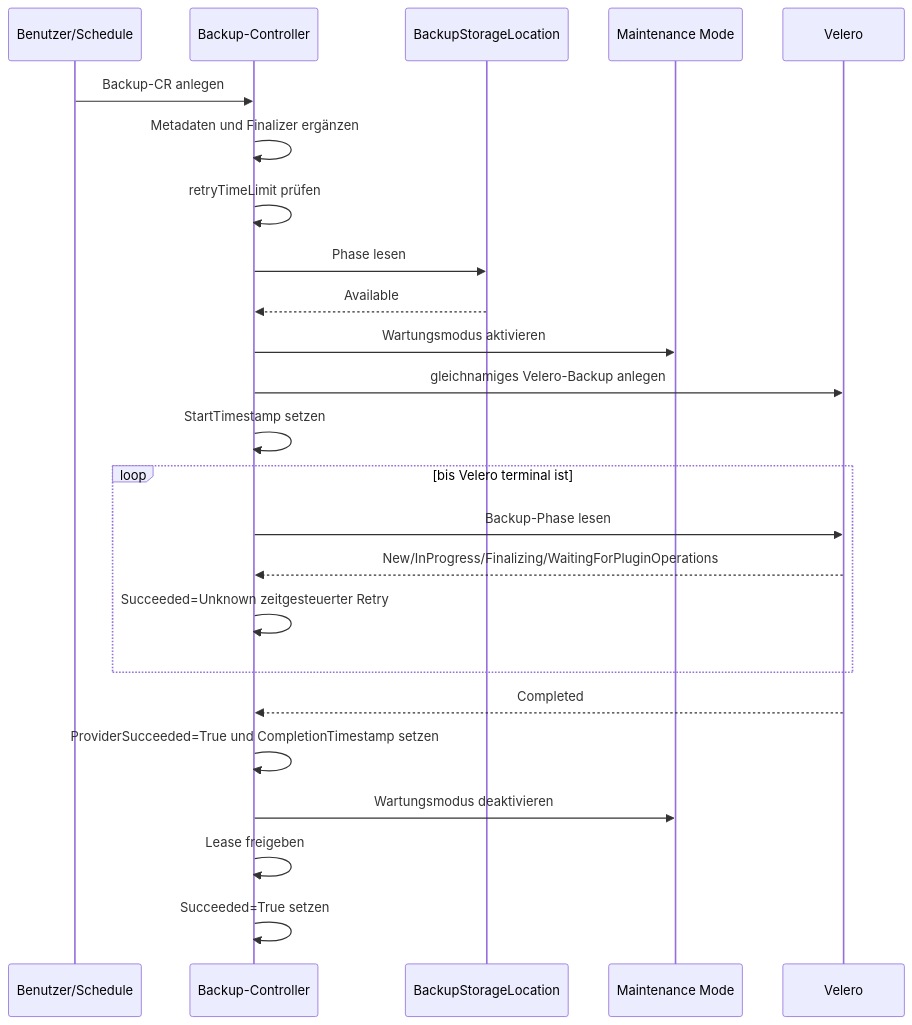
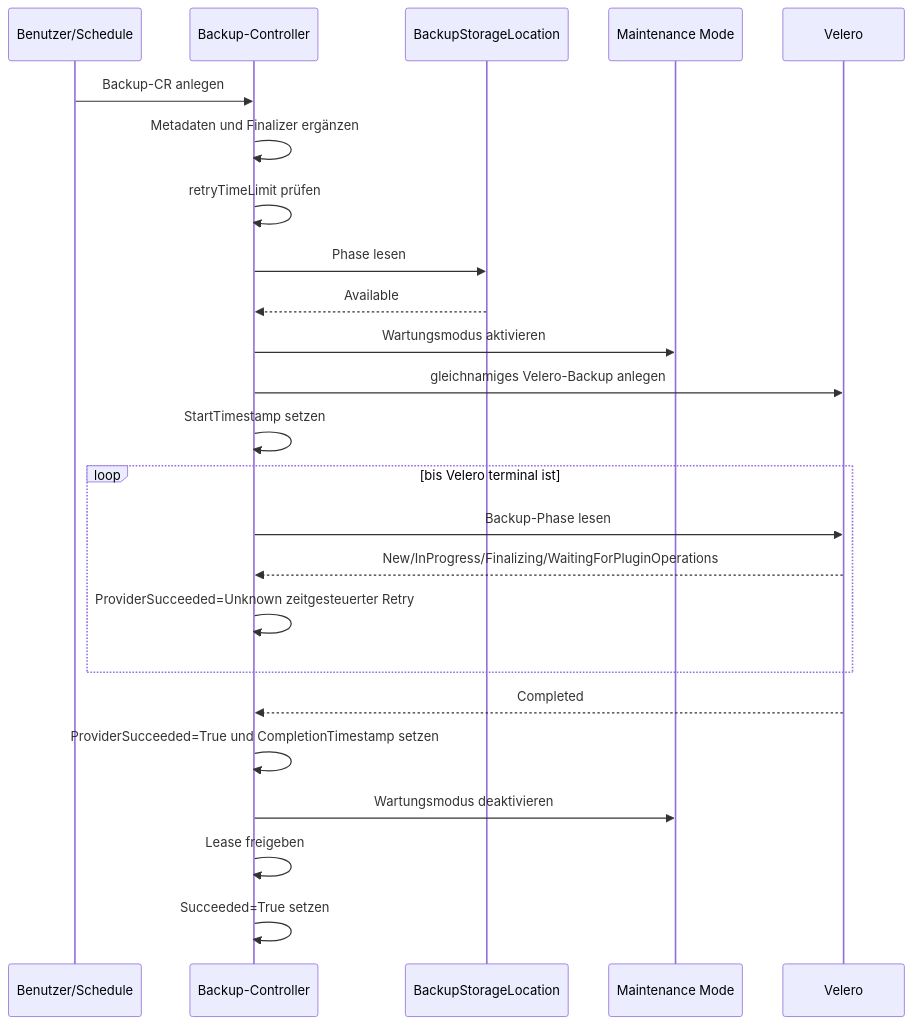
Before and after one commit to cloudogu/k8s-backup-operator: the first of 4 diagrams in docs/development/backup/backup_process_de.md, drawn with Mermaid. The commit also changed other lines of this file and 10 other files, not shown here.

````diff
--- a/docs/development/backup/backup_process_de.md
+++ b/docs/development/backup/backup_process_de.md
@@ -46,27 +46,27 @@
 ```mermaid
 sequenceDiagram
     participant U as Benutzer/Schedule
     participant B as Backup-Controller
     participant S as BackupStorageLocation
     participant M as Maintenance Mode
     participant V as Velero
 
     U->>B: Backup-CR anlegen
     B->>B: Metadaten und Finalizer ergänzen
     B->>B: retryTimeLimit prüfen
     B->>S: Phase lesen
     S-->>B: Available
     B->>M: Wartungsmodus aktivieren
     B->>V: gleichnamiges Velero-Backup anlegen
     B->>B: StartTimestamp setzen
     loop bis Velero terminal ist
         B->>V: Backup-Phase lesen
         V-->>B: New/InProgress/Finalizing/WaitingForPluginOperations
-        B->>B: Succeeded=Unknown zeitgesteuerter Retry
+        B->>B: ProviderSucceeded=Unknown zeitgesteuerter Retry
     end
     V-->>B: Completed
     B->>B: ProviderSucceeded=True und CompletionTimestamp setzen
     B->>M: Wartungsmodus deaktivieren
     B->>B: Lease freigeben
     B->>B: Succeeded=True setzen
 ```
````
